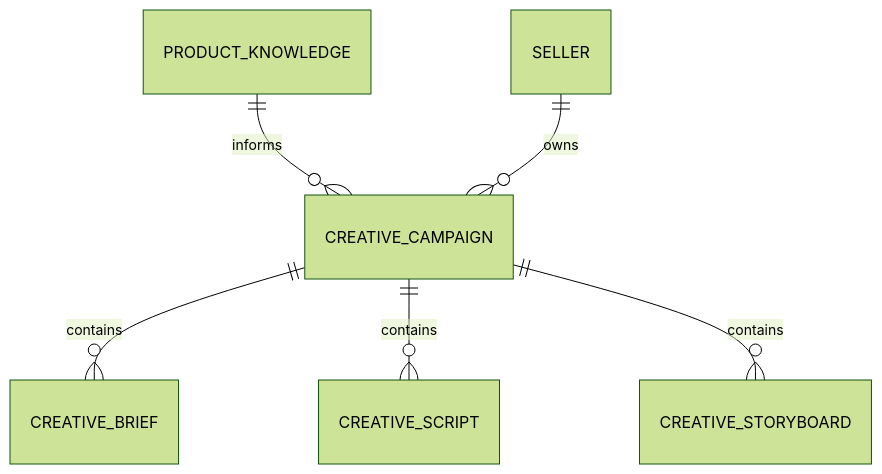
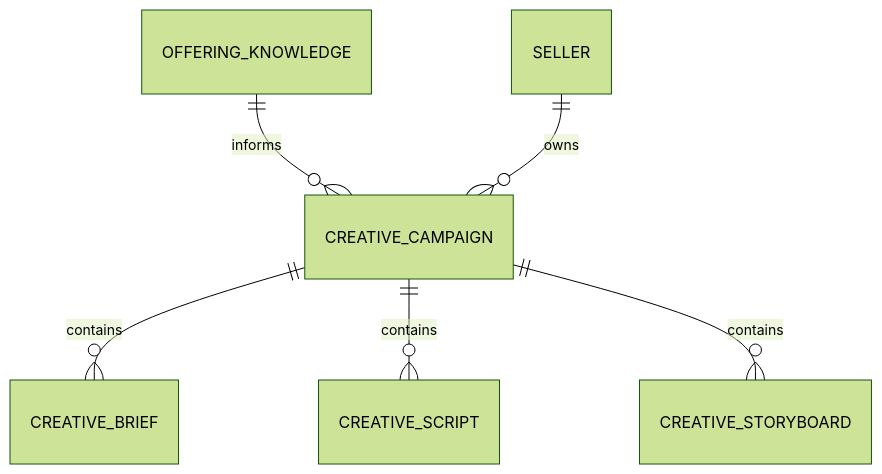
Before and after one commit to petkao/pinkcurve-blueprint: the second of 3 diagrams in docs/05-creative-studio.md, drawn with Mermaid (forest theme). The commit also changed other lines of this file and 11 other files, not shown here.

Commit message:
Refine PinkCurve architecture around Offering-centric discovery model

````diff
--- a/docs/05-creative-studio.md
+++ b/docs/05-creative-studio.md
@@ -101,8 +118,8 @@
 ```mermaid
 erDiagram
     CREATIVE_CAMPAIGN ||--o{ CREATIVE_BRIEF : contains
     CREATIVE_CAMPAIGN ||--o{ CREATIVE_SCRIPT : contains
     CREATIVE_CAMPAIGN ||--o{ CREATIVE_STORYBOARD : contains
-    PRODUCT_KNOWLEDGE ||--o{ CREATIVE_CAMPAIGN : informs
+    OFFERING_KNOWLEDGE ||--o{ CREATIVE_CAMPAIGN : informs
     SELLER ||--o{ CREATIVE_CAMPAIGN : owns
 ```
````
